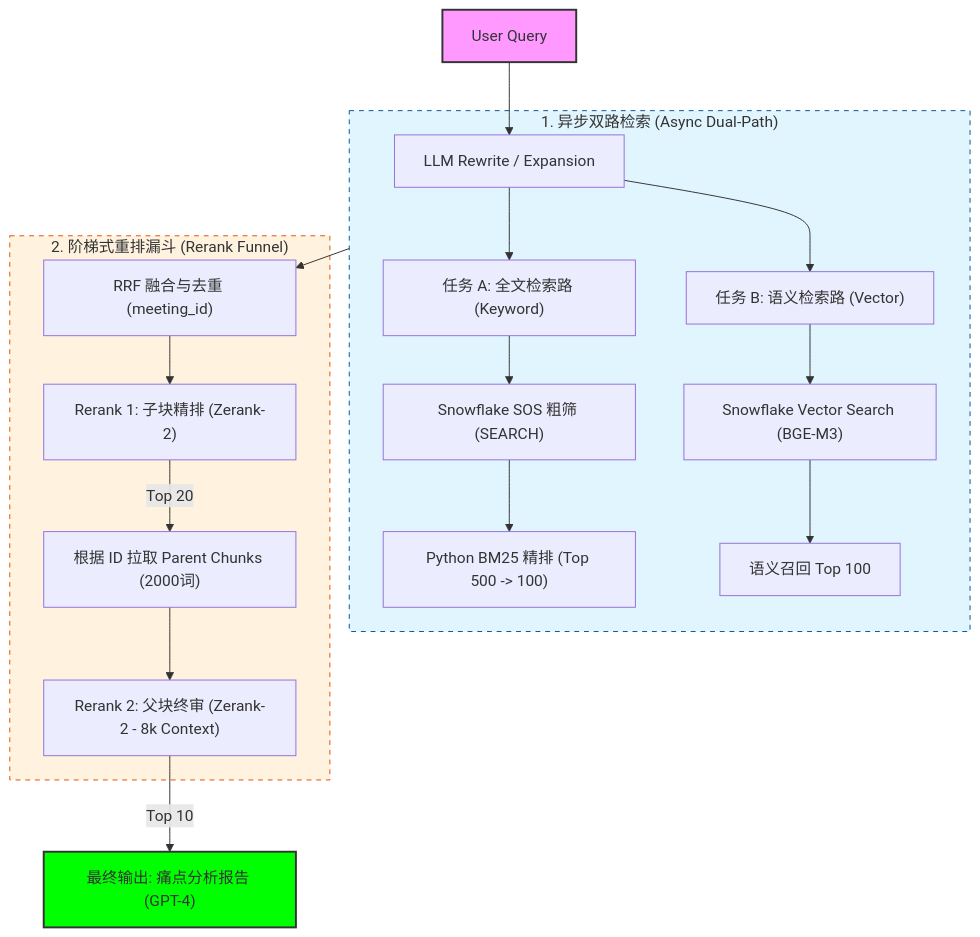
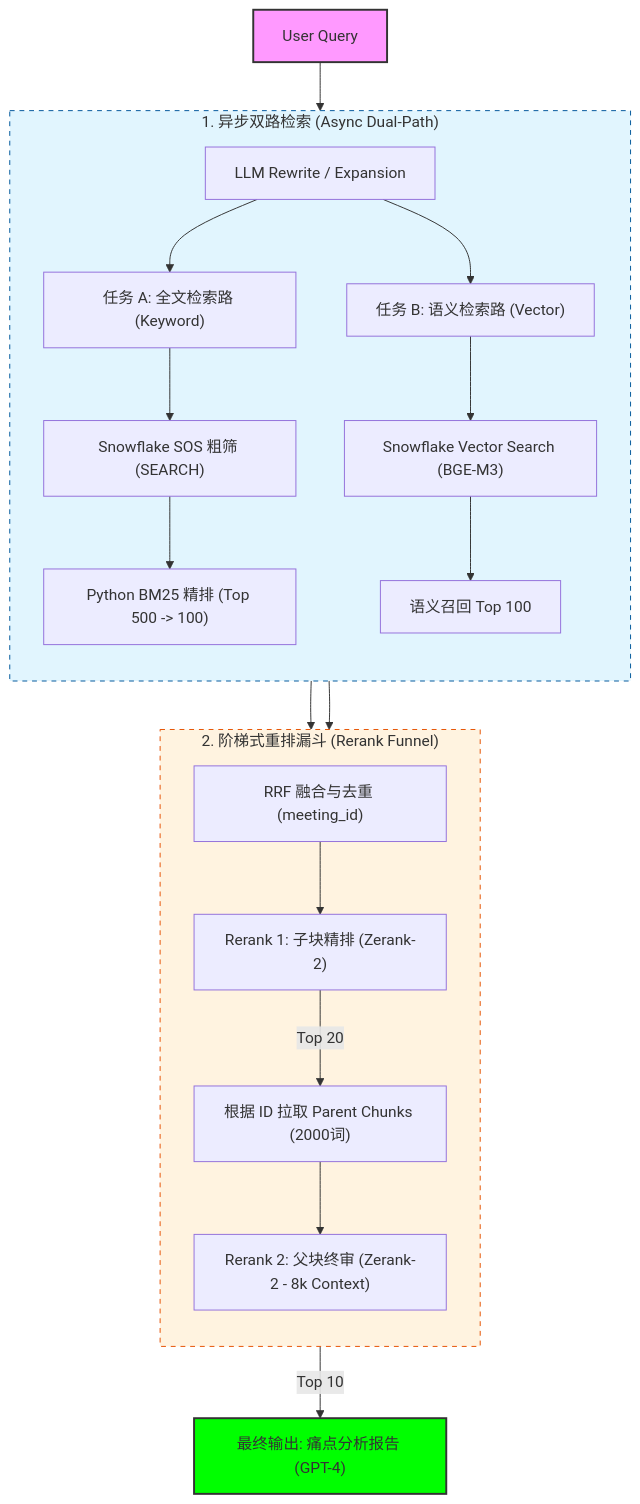
One commit to dataelvisliang/RAG-Architecture-Design-Transcript changed the diagram in RAG_Architecture_Design.md. Above: the diagram before and after it, drawn with Mermaid. The commit also changed 1 other file, not shown here.

Commit message:
Update Mermaid diagrams for better vertical layout

````diff
--- a/RAG_Architecture_Design.md
+++ b/RAG_Architecture_Design.md
@@ -7,30 +7,33 @@
 ```mermaid
 graph TD
     UserQuery["User Query"] --> LLM_Rewrite["LLM Rewrite / Expansion"]
     
     subgraph Retrieval_Stage["1. 异步双路检索 (Async Dual-Path)"]
+        direction TB
         LLM_Rewrite --> TaskA["任务 A: 全文检索路 (Keyword)"]
         LLM_Rewrite --> TaskB["任务 B: 语义检索路 (Vector)"]
         
         TaskA --> SOS["Snowflake SOS 粗筛 (SEARCH)"]
         SOS --> BM25["Python BM25 精排 (Top 500 -> 100)"]
         
         TaskB --> VectorSearch["Snowflake Vector Search (BGE-M3)"]
         VectorSearch --> SemanticTop["语义召回 Top 100"]
     end
     
-    Retrieval_Stage --> RRF["RRF 融合与去重 (meeting_id)"]
+    BM25 --> RRF["RRF 融合与去重 (meeting_id)"]
+    SemanticTop --> RRF
     
     subgraph Rerank_Funnel["2. 阶梯式重排漏斗 (Rerank Funnel)"]
+        direction TB
         RRF --> Rerank1["Rerank 1: 子块精排 (Zerank-2)"]
         Rerank1 -->|Top 20| PullParent["根据 ID 拉取 Parent Chunks (2000词)"]
         PullParent --> Rerank2["Rerank 2: 父块终审 (Zerank-2 - 8k Context)"]
     end
     
     Rerank2 -->|Top 10| FinalOutput["最终输出: 痛点分析报告 (GPT-4)"]
 
     style UserQuery fill:#f9f,stroke:#333,stroke-width:2px
     style FinalOutput fill:#00ff00,stroke:#333,stroke-width:2px
     style Retrieval_Stage fill:#e1f5fe,stroke:#01579b,stroke-dasharray: 5 5
     style Rerank_Funnel fill:#fff3e0,stroke:#e65100,stroke-dasharray: 5 5
 ```
````
